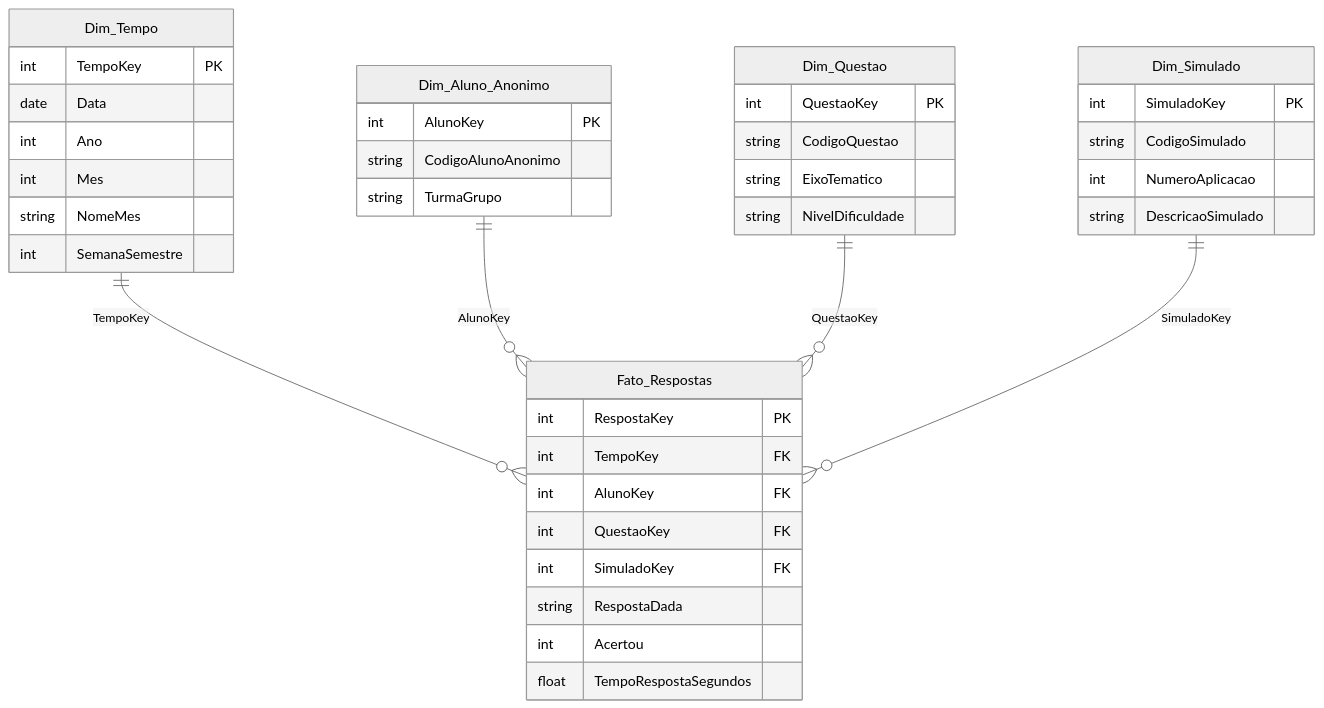
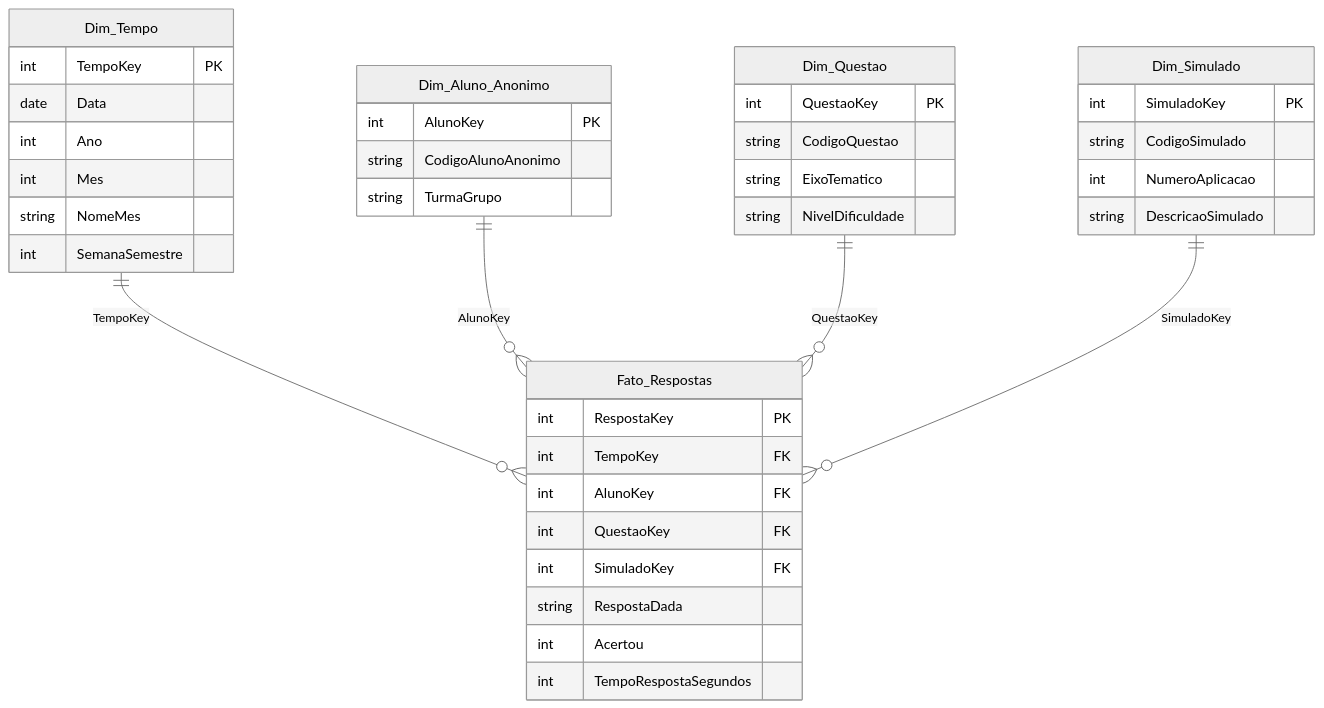
The diagram in marco-2.md (joaojuniorbr/ifpr-enade-analytics), drawn with Mermaid (neutral theme) before and after one commit. The commit also changed other lines of this file and 11 other files, not shown here.

````diff
--- a/marco-2.md
+++ b/marco-2.md
@@ -63,47 +63,47 @@
 ```mermaid
 erDiagram
     Dim_Tempo ||--o{ Fato_Respostas : TempoKey
     Dim_Aluno_Anonimo ||--o{ Fato_Respostas : AlunoKey
     Dim_Questao ||--o{ Fato_Respostas : QuestaoKey
     Dim_Simulado ||--o{ Fato_Respostas : SimuladoKey
 
     Fato_Respostas {
         int RespostaKey PK
         int TempoKey FK
         int AlunoKey FK
         int QuestaoKey FK
         int SimuladoKey FK
         string RespostaDada
         int Acertou
-        float TempoRespostaSegundos
+        int TempoRespostaSegundos
     }
 
     Dim_Tempo {
         int TempoKey PK
         date Data
         int Ano
         int Mes
         string NomeMes
         int SemanaSemestre
     }
 
     Dim_Aluno_Anonimo {
         int AlunoKey PK
         string CodigoAlunoAnonimo
         string TurmaGrupo
     }
 
     Dim_Questao {
         int QuestaoKey PK
         string CodigoQuestao
         string EixoTematico
         string NivelDificuldade
     }
 
     Dim_Simulado {
         int SimuladoKey PK
         string CodigoSimulado
         int NumeroAplicacao
         string DescricaoSimulado
     }
 ```
````
